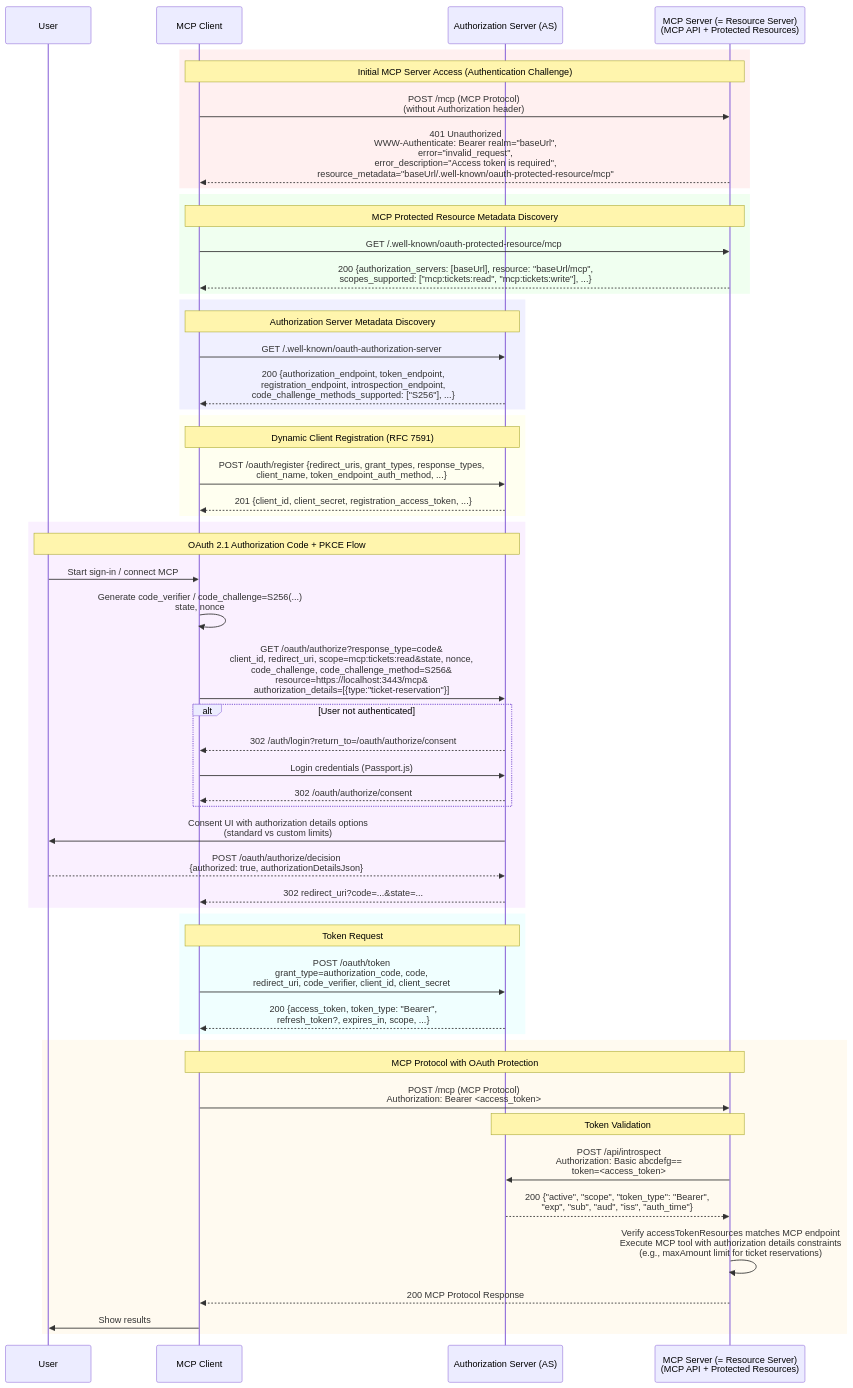
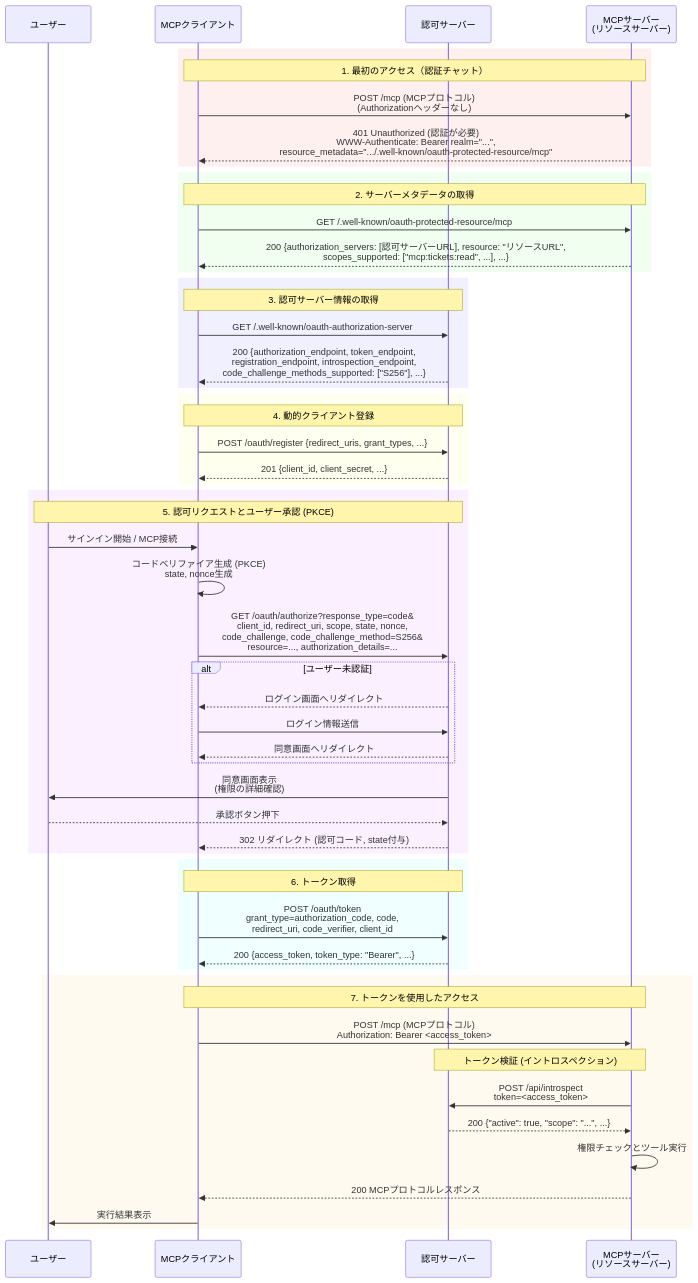
Before and after one commit to ryohei-ebisawa/mcp-authorization-demo: the diagram in README.md, drawn with Mermaid. The commit also changed other lines of this file, not shown here.

Commit message:
docs: update README to reorganize sections on MCP authorization flow, enhancing clarity and consistency in the flow verification steps and curl command usage

````diff
--- a/README.md
+++ b/README.md
@@ -423,80 +75,80 @@
 ```mermaid
 ---
 config:
   theme: default
 ---
 sequenceDiagram
-    participant U as User
-    participant C as MCP Client
-    participant AS as Authorization Server (AS)
-    participant MS as MCP Server (= Resource Server)<br/>(MCP API + Protected Resources)
+    participant U as ユーザー
+    participant C as MCPクライアント
+    participant AS as 認可サーバー
+    participant MS as MCPサーバー<br/>(リソースサーバー)
 
     %% Initial MCP Server Access (Authentication Challenge)
     rect rgb(255, 240, 240)
-        Note over C,MS: Initial MCP Server Access (Authentication Challenge)
-        C->>MS: POST /mcp (MCP Protocol)<br/>(without Authorization header)
-        MS-->>C: 401 Unauthorized<br>WWW-Authenticate: Bearer realm="baseUrl",<br>error="invalid_request",<br>error_description="Access token is required",<br>resource_metadata="baseUrl/.well-known/oauth-protected-resource/mcp"
+        Note over C,MS: 1. 最初のアクセス（認証チャット）
+        C->>MS: POST /mcp (MCPプロトコル)<br/>(Authorizationヘッダーなし)
+        MS-->>C: 401 Unauthorized (認証が必要)<br>WWW-Authenticate: Bearer realm="...",<br>resource_metadata=".../.well-known/oauth-protected-resource/mcp"
     end
 
     %% MCP Protected Resource Metadata
     rect rgb(240, 255, 240)
-        Note over C,MS: MCP Protected Resource Metadata Discovery
+        Note over C,MS: 2. サーバーメタデータの取得
         C->>MS: GET /.well-known/oauth-protected-resource/mcp
-        MS-->>C: 200 {authorization_servers: [baseUrl], resource: "baseUrl/mcp",<br/>scopes_supported: ["mcp:tickets:read", "mcp:tickets:write"], ...}
+        MS-->>C: 200 {authorization_servers: [認可サーバーURL], resource: "リソースURL",<br/>scopes_supported: ["mcp:tickets:read", ...], ...}
 
     end
 
     %% Authorization Server Metadata Discovery
     rect rgb(240, 240, 255)
-        Note over C,AS: Authorization Server Metadata Discovery
+        Note over C,AS: 3. 認可サーバー情報の取得
         C->>AS: GET /.well-known/oauth-authorization-server
         AS-->>C: 200 {authorization_endpoint, token_endpoint,<br/>registration_endpoint, introspection_endpoint,<br/>code_challenge_methods_supported: ["S256"], ...}
     end
 
     %% Dynamic Client Registration (if needed)
     rect rgb(255, 255, 240)
-        Note over C,AS: Dynamic Client Registration (RFC 7591)
-        C->>AS: POST /oauth/register {redirect_uris, grant_types, response_types,<br/>client_name, token_endpoint_auth_method, ...}
-        AS-->>C: 201 {client_id, client_secret, registration_access_token, ...}
+        Note over C,AS: 4. 動的クライアント登録
+        C->>AS: POST /oauth/register {redirect_uris, grant_types, ...}
+        AS-->>C: 201 {client_id, client_secret, ...}
     end
 
     %% Authorization (PKCE, two-step with Authlete)
     rect rgb(250, 240, 255)
-        Note over U,AS: OAuth 2.1 Authorization Code + PKCE Flow
-        U->>C: Start sign-in / connect MCP
-        C->>C: Generate code_verifier / code_challenge=S256(...)<br/>state, nonce
-        C->>AS: GET /oauth/authorize?response_type=code&<br/>client_id, redirect_uri, scope=mcp:tickets:read&state, nonce,<br/>code_challenge, code_challenge_method=S256&<br/>resource=https://localhost:3443/mcp&<br/>authorization_details=[{type:"ticket-reservation"}]
+        Note over U,AS: 5. 認可リクエストとユーザー承認 (PKCE)
+        U->>C: サインイン開始 / MCP接続
+        C->>C: コードベリファイア生成 (PKCE)<br/>state, nonce生成
+        C->>AS: GET /oauth/authorize?response_type=code&<br/>client_id, redirect_uri, scope, state, nonce,<br/>code_challenge, code_challenge_method=S256&<br/>resource=..., authorization_details=...
 
-        alt User not authenticated
-            AS-->>C: 302 /auth/login?return_to=/oauth/authorize/consent
-            C->>AS: Login credentials (Passport.js)
-            AS-->>C: 302 /oauth/authorize/consent
+        alt ユーザー未認証
+            AS-->>C: ログイン画面へリダイレクト
+            C->>AS: ログイン情報送信
+            AS-->>C: 同意画面へリダイレクト
         end
 
-        AS->>U: Consent UI with authorization details options<br/>(standard vs custom limits)
-        U-->>AS: POST /oauth/authorize/decision<br/>{authorized: true, authorizationDetailsJson}
+        AS->>U: 同意画面表示<br/>(権限の詳細確認)
+        U-->>AS: 承認ボタン押下
 
-        AS-->>C: 302 redirect_uri?code=...&state=...
+        AS-->>C: 302 リダイレクト (認可コード, state付与)
     end
 
     %% Token Request
     rect rgb(240, 255, 255)
-        Note over C,AS: Token Request
-        C->>AS: POST /oauth/token<br/>grant_type=authorization_code, code,<br/>redirect_uri, code_verifier, client_id, client_secret
-        AS-->>C: 200 {access_token, token_type: "Bearer",<br/>refresh_token?, expires_in, scope, ...}
+        Note over C,AS: 6. トークン取得
+        C->>AS: POST /oauth/token<br/>grant_type=authorization_code, code,<br/>redirect_uri, code_verifier, client_id
+        AS-->>C: 200 {access_token, token_type: "Bearer", ...}
     end
 
     %% Access MCP Resource
     rect rgb(255, 250, 240)
-        Note over C,MS: MCP Protocol with OAuth Protection
-        C->>MS: POST /mcp (MCP Protocol)<br/>Authorization: Bearer <access_token>
+        Note over C,MS: 7. トークンを使用したアクセス
+        C->>MS: POST /mcp (MCPプロトコル)<br/>Authorization: Bearer <access_token>
 
-        Note over MS,AS: Token Validation
-        MS->>AS: POST /api/introspect<br>Authorization: Basic abcdefg==<br>token=<access_token>
-        AS-->>MS: 200 {"active", "scope", "token_type": "Bearer", <br>"exp", "sub", "aud", "iss", "auth_time"}
-        MS->>MS: Verify accessTokenResources matches MCP endpoint<br/>Execute MCP tool with authorization details constraints<br/>(e.g., maxAmount limit for ticket reservations)
-        MS-->>C: 200 MCP Protocol Response
+        Note over MS,AS: トークン検証 (イントロスペクション)
+        MS->>AS: POST /api/introspect<br>token=<access_token>
+        AS-->>MS: 200 {"active": true, "scope": "...", ...}
+        MS->>MS: 権限チェックとツール実行
+        MS-->>C: 200 MCPプロトコルレスポンス
 
-        C->>U: Show results
+        C->>U: 実行結果表示
     end
 ```
````
